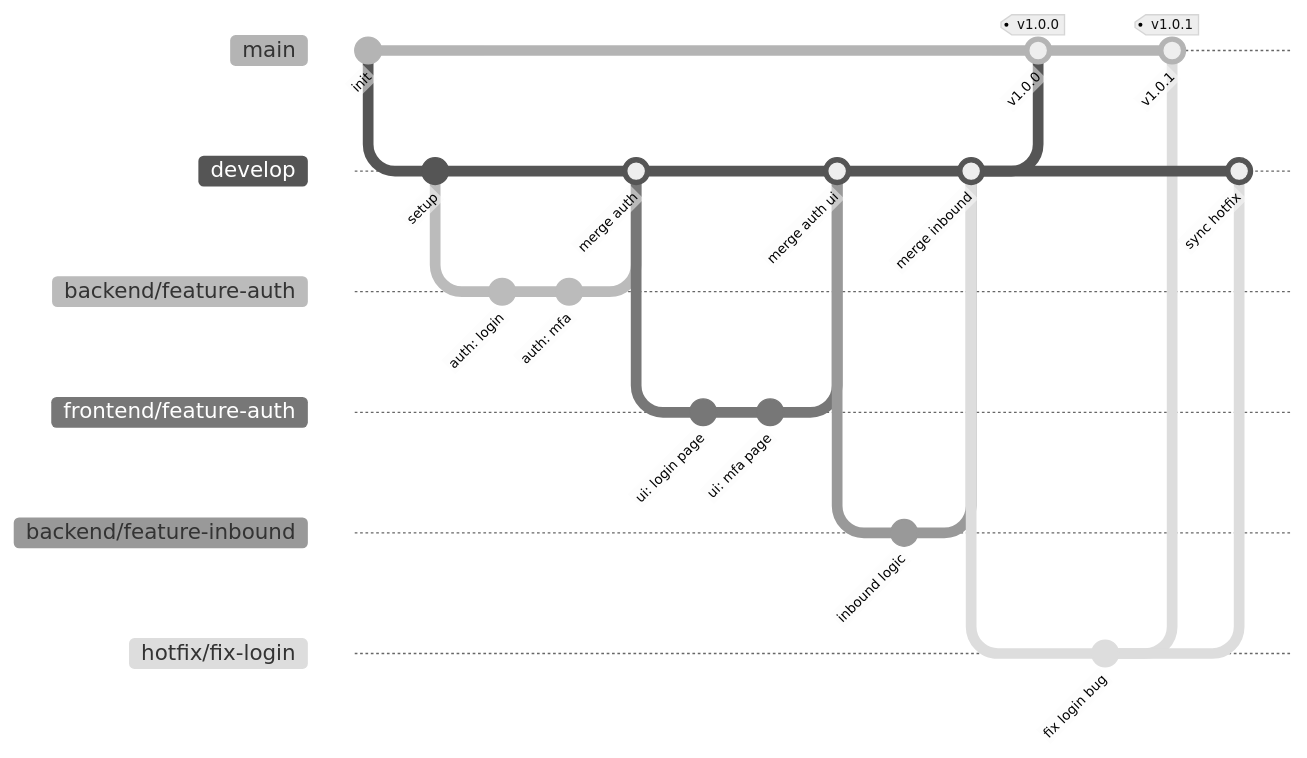
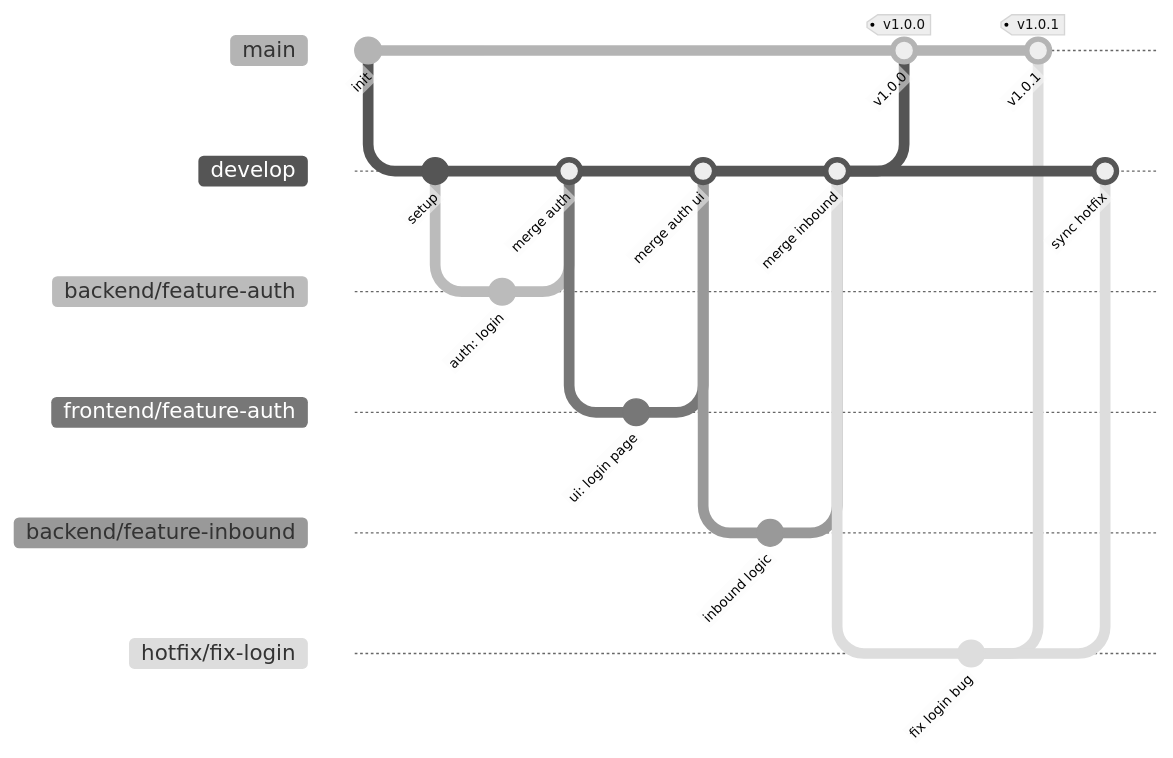
One commit to alfianmutaqin01/berger-wms changed the first of 2 diagrams in docs/6_cicd_docker_setup.md. Above: the diagram before and after it, drawn with Mermaid (neutral theme). The commit also changed other lines of this file and 10 other files, not shown here.

First line of the commit message:
chore(auth): remove all MFA/TOTP remnants after PRD v1.2

````diff
--- a/docs/6_cicd_docker_setup.md
+++ b/docs/6_cicd_docker_setup.md
@@ -631,34 +631,32 @@
 ```mermaid
 gitGraph
     commit id: "init"
     branch develop
     commit id: "setup"
     
     branch backend/feature-auth
     commit id: "auth: login"
-    commit id: "auth: mfa"
     checkout develop
     merge backend/feature-auth id: "merge auth"
     
     branch frontend/feature-auth
     commit id: "ui: login page"
-    commit id: "ui: mfa page"
     checkout develop
     merge frontend/feature-auth id: "merge auth ui"
     
     branch backend/feature-inbound
     commit id: "inbound logic"
     checkout develop
     merge backend/feature-inbound id: "merge inbound"
     
     checkout main
     merge develop id: "v1.0.0" tag: "v1.0.0"
     
     checkout develop
     branch hotfix/fix-login
     commit id: "fix login bug"
     checkout main
     merge hotfix/fix-login id: "v1.0.1" tag: "v1.0.1"
     checkout develop
     merge hotfix/fix-login id: "sync hotfix"
 ```
````
